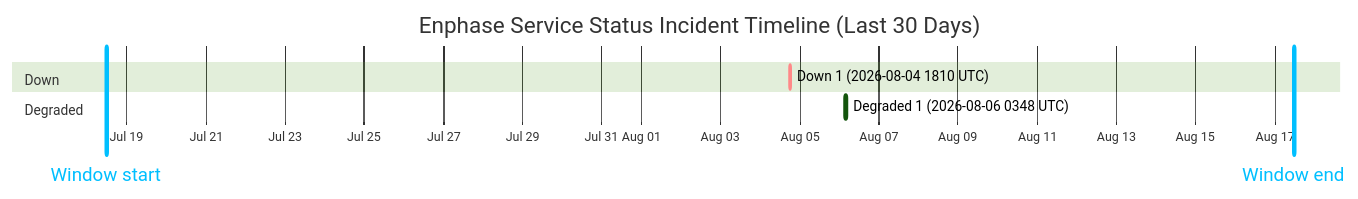
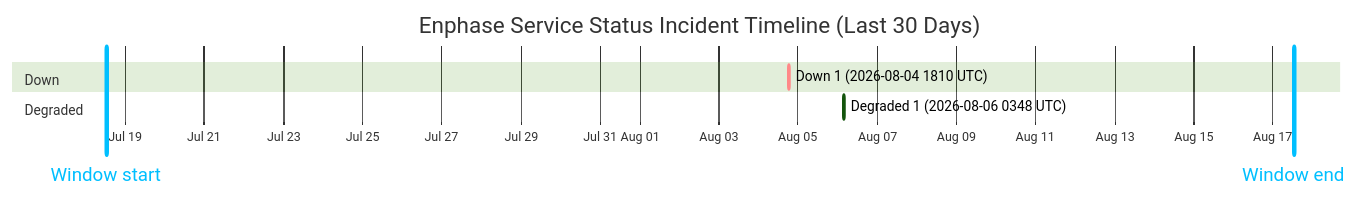
One commit to barneyonline/ha-enphase-energy changed the diagram in wiki/Service-Status-History.md. Above: the diagram before and after it, drawn with Mermaid (forest theme). The commit also changed other lines of this file and 3 other files, not shown here.

````diff
--- a/wiki/Service-Status-History.md
+++ b/wiki/Service-Status-History.md
@@ -14,12 +14,12 @@
 ```mermaid
 gantt
     title Enphase Service Status Incident Timeline (Last 30 Days)
     dateFormat  YYYY-MM-DDTHH:mm:ss
     axisFormat  %b %d
-    Window start :vert, window-start, 2026-07-18T11:32:48, 0ms
-    Window end :vert, window-end, 2026-08-17T11:32:48, 0ms
+    Window start :vert, window-start, 2026-07-18T12:39:40, 0ms
+    Window end :vert, window-end, 2026-08-17T12:39:40, 0ms
     section Down
     Down 1 (2026-08-04 1810 UTC) :crit, down-1, 2026-08-04T18:10:46, 60m
     section Degraded
     Degraded 1 (2026-08-06 0348 UTC) :active, degraded-1, 2026-08-06T03:48:14, 60m
 ```
````
